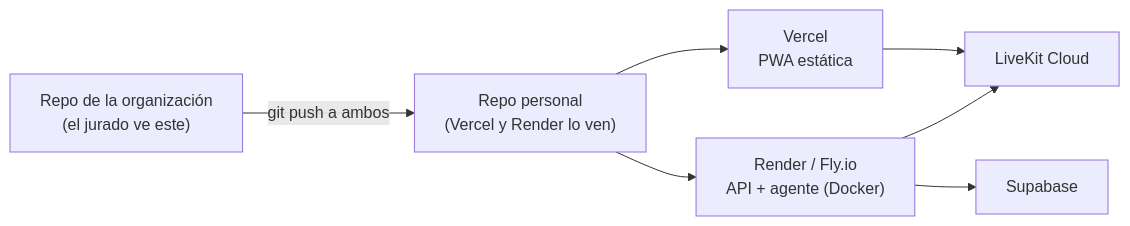
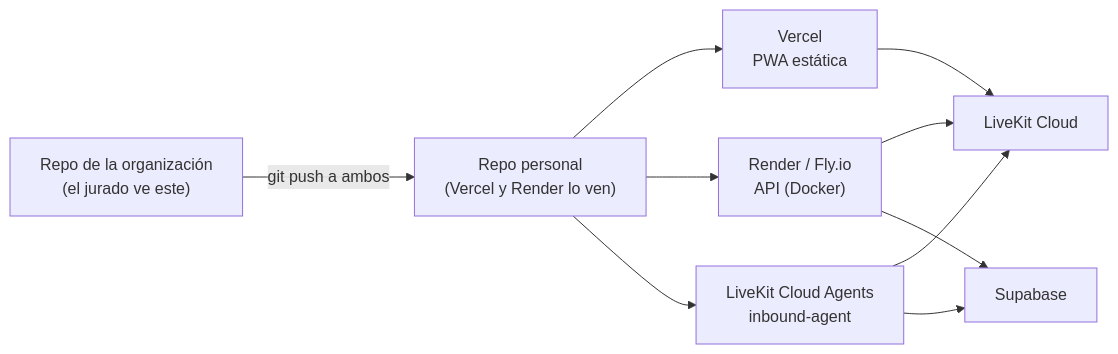
One commit to platanus-hack/platanus-hack-26-cl-team-12 changed the fifth of 5 diagrams in docs/ARQUITECTURA.md. Above: the diagram before and after it, drawn with Mermaid. The commit also changed other lines of this file and 2 other files, not shown here.

````diff
--- a/docs/ARQUITECTURA.md
+++ b/docs/ARQUITECTURA.md
@@ -326,9 +393,12 @@
 ```mermaid
 graph LR
     Dev["Repo de la organización<br/>(el jurado ve este)"] -- "git push a ambos" --> Personal["Repo personal<br/>(Vercel y Render lo ven)"]
     Personal --> Vercel["Vercel<br/>PWA estática"]
-    Personal --> Render["Render / Fly.io<br/>API + agente (Docker)"]
+    Personal --> Render["Render / Fly.io<br/>API (Docker)"]
+    Personal --> LKA["LiveKit Cloud Agents<br/>inbound-agent"]
     Vercel --> LK["LiveKit Cloud"]
     Render --> LK
+    LKA --> LK
+    LKA --> SB
     Render --> SB["Supabase"]
 ```
````
